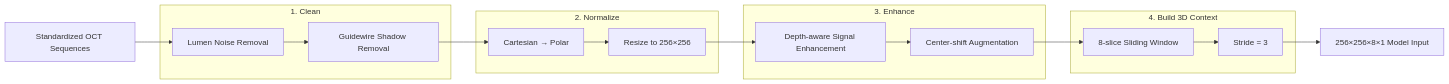
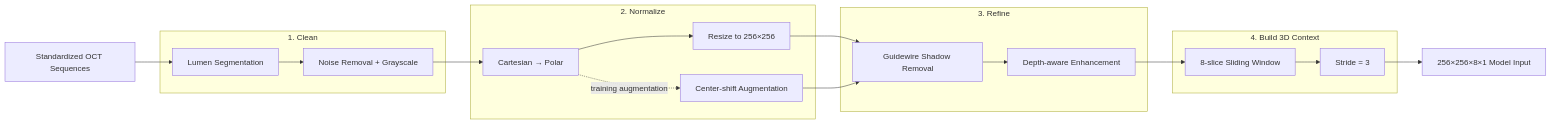
The third of 5 diagrams in README.md (ChengYuChing/3D-DLimage-segmentation), drawn with Mermaid before and after one commit. The commit also changed other lines of this file, not shown here.

Commit message:
Align P3 README workflow with preprocessing implementation

````diff
--- a/README.md
+++ b/README.md
@@ -145,36 +145,39 @@
 ```mermaid
 flowchart LR
     A["Standardized OCT Sequences"]
 
     subgraph S1["1. Clean"]
-        B["Lumen Noise Removal"]
-        C["Guidewire Shadow Removal"]
+        B["Lumen Segmentation"]
+        C["Noise Removal + Grayscale"]
     end
 
     subgraph S2["2. Normalize"]
         D["Cartesian → Polar"]
         E["Resize to 256×256"]
+        F["Center-shift Augmentation"]
     end
 
-    subgraph S3["3. Enhance"]
-        F["Depth-aware Signal Enhancement"]
-        G["Center-shift Augmentation"]
+    subgraph S3["3. Refine"]
+        G["Guidewire Shadow Removal"]
+        H["Depth-aware Enhancement"]
     end
 
     subgraph S4["4. Build 3D Context"]
-        H["8-slice Sliding Window"]
-        I["Stride = 3"]
+        I["8-slice Sliding Window"]
+        J["Stride = 3"]
     end
 
-    J["256×256×8×1 Model Input"]
+    K["256×256×8×1 Model Input"]
 
     A --> B
     B --> C
     C --> D
     D --> E
-    E --> F
+    E --> G
+    D -. "training augmentation" .-> F
     F --> G
     G --> H
     H --> I
     I --> J
+    J --> K
 ```
````
